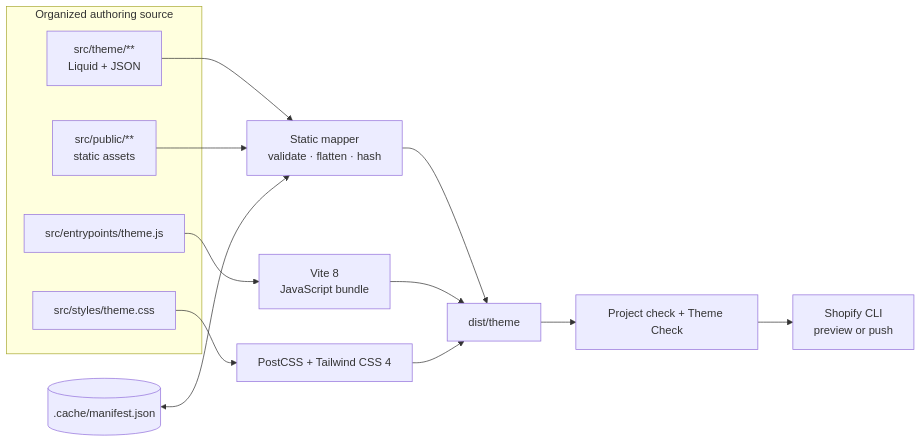
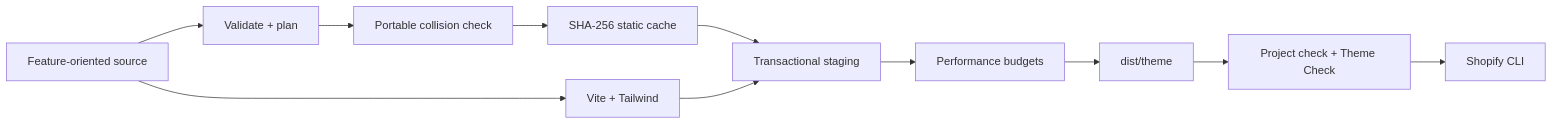
One commit to yotamon/Liquid-Loom changed the diagram in README.md. Above: the diagram before and after it, drawn with Mermaid. The commit also changed other lines of this file and 104 other files, not shown here.

````diff
--- a/README.md
+++ b/README.md
@@ -60,20 +65,13 @@
 ```mermaid
 flowchart LR
-  subgraph Authoring["Organized authoring source"]
-    L["src/theme/**\nLiquid + JSON"]
-    P["src/public/**\nstatic assets"]
-    J["src/entrypoints/theme.js"]
-    C["src/styles/theme.css"]
-  end
-
-  L --> M["Static mapper\nvalidate · flatten · hash"]
-  P --> M
-  J --> V["Vite 8\nJavaScript bundle"]
-  C --> V2["PostCSS + Tailwind CSS 4"]
-  M --> O["dist/theme"]
-  V --> O
-  V2 --> O
+  S["Feature-oriented source"] --> P["Validate + plan"]
+  P --> C["Portable collision check"]
+  C --> H["SHA-256 static cache"]
+  S --> V["Vite + Tailwind"]
+  H --> T["Transactional staging"]
+  V --> T
+  T --> B["Performance budgets"]
+  B --> O["dist/theme"]
   O --> Q["Project check + Theme Check"]
-  Q --> S["Shopify CLI\npreview or push"]
-  H[(".cache/manifest.json")] <--> M
+  Q --> D["Shopify CLI"]
 ```
````
